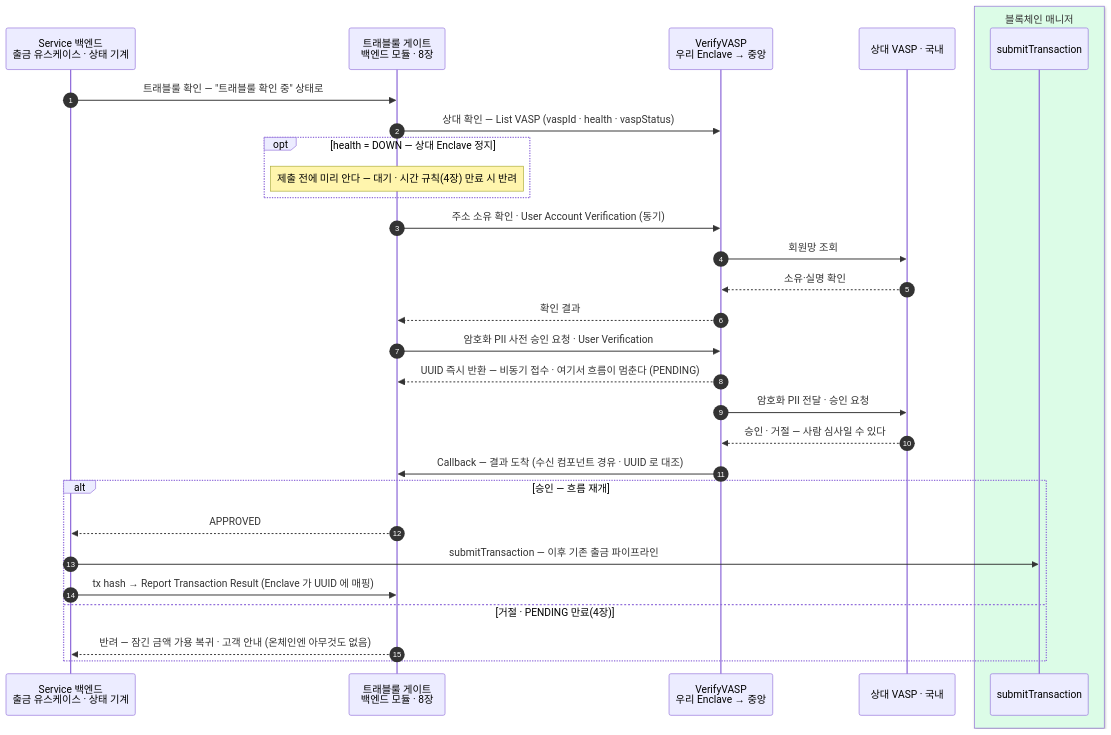
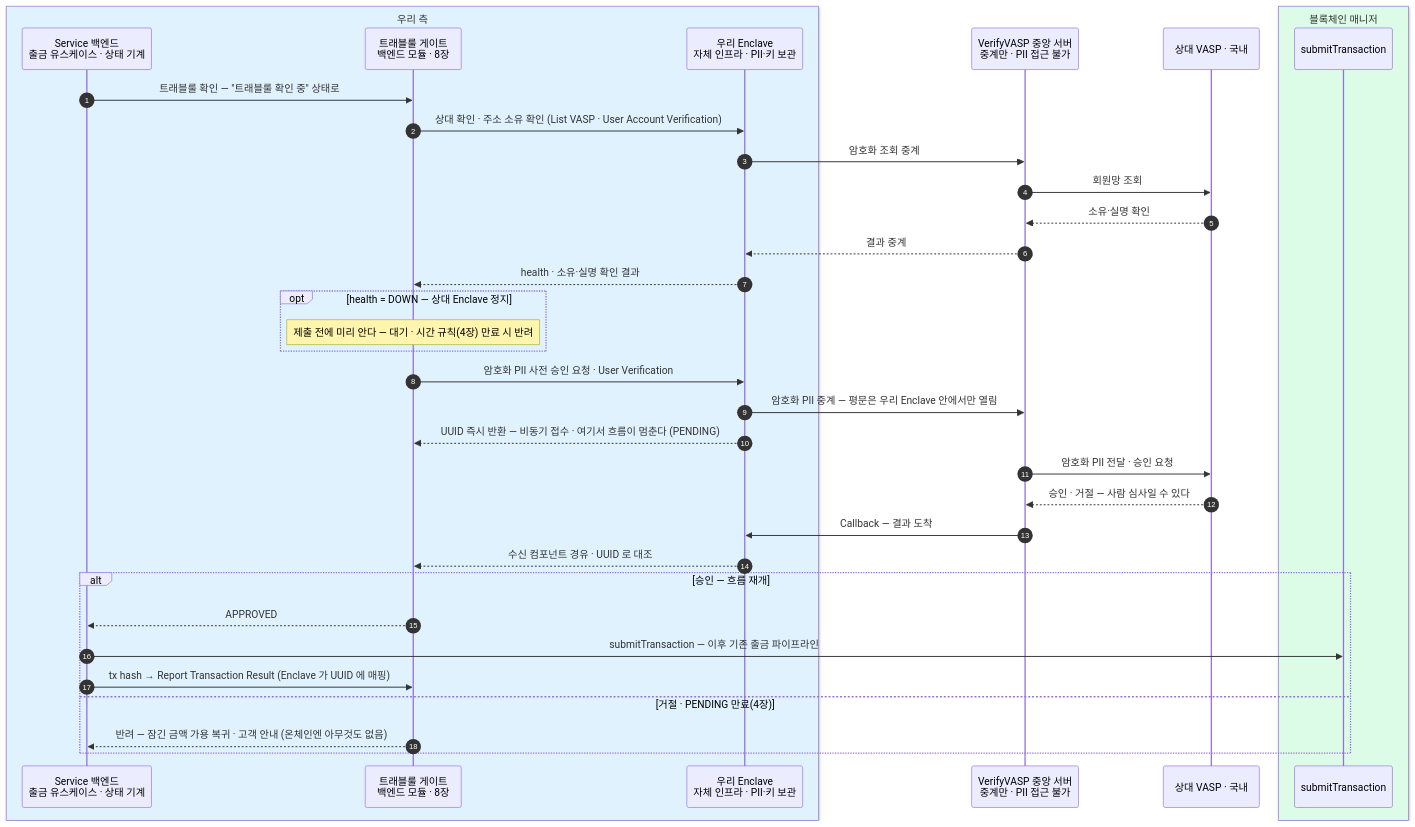
One commit to eunsujeo/eunpus changed the first of 11 diagrams in blockchain-manager/docs/트래블룰/설계/07-scenarios.md. Above: the diagram before and after it, drawn with Mermaid. The commit also changed other lines of this file and 7 other files, not shown here.

````diff
--- a/blockchain-manager/docs/트래블룰/설계/07-scenarios.md
+++ b/blockchain-manager/docs/트래블룰/설계/07-scenarios.md
@@ -13,33 +39,39 @@
 ```mermaid
 sequenceDiagram
     autonumber
+    box rgb(224,242,254) 우리 측
     participant BE as Service 백엔드<br/>출금 유스케이스 · 상태 기계
     participant GT as 트래블룰 게이트<br/>백엔드 모듈 · 8장
-    participant VV as VerifyVASP<br/>우리 Enclave → 중앙
+    participant EN as 우리 Enclave<br/>자체 인프라 · PII·키 보관
+    end
+    participant HUB as VerifyVASP 중앙 서버<br/>중계만 · PII 접근 불가
     participant RV as 상대 VASP · 국내
     box rgb(220,252,231) 블록체인 매니저
     participant BM as submitTransaction
     end
 
     BE->>GT: 트래블룰 확인 — "트래블룰 확인 중" 상태로
-    GT->>VV: 상대 확인 — List VASP (vaspId · health · vaspStatus)
+    GT->>EN: 상대 확인 · 주소 소유 확인 (List VASP · User Account Verification)
+    EN->>HUB: 암호화 조회 중계
+    HUB->>RV: 회원망 조회
+    RV-->>HUB: 소유·실명 확인
+    HUB-->>EN: 결과 중계
+    EN-->>GT: health · 소유·실명 확인 결과
     opt health = DOWN — 상대 Enclave 정지
         Note over GT: 제출 전에 미리 안다 — 대기 · 시간 규칙(4장) 만료 시 반려
     end
-    GT->>VV: 주소 소유 확인 · User Account Verification (동기)
-    VV->>RV: 회원망 조회
-    RV-->>VV: 소유·실명 확인
-    VV-->>GT: 확인 결과
-    GT->>VV: 암호화 PII 사전 승인 요청 · User Verification
-    VV-->>GT: UUID 즉시 반환 — 비동기 접수 · 여기서 흐름이 멈춘다 (PENDING)
-    VV->>RV: 암호화 PII 전달 · 승인 요청
-    RV-->>VV: 승인 · 거절 — 사람 심사일 수 있다
-    VV->>GT: Callback — 결과 도착 (수신 컴포넌트 경유 · UUID 로 대조)
+    GT->>EN: 암호화 PII 사전 승인 요청 · User Verification
+    EN->>HUB: 암호화 PII 중계 — 평문은 우리 Enclave 안에서만 열림
+    EN-->>GT: UUID 즉시 반환 — 비동기 접수 · 여기서 흐름이 멈춘다 (PENDING)
+    HUB->>RV: 암호화 PII 전달 · 승인 요청
+    RV-->>HUB: 승인 · 거절 — 사람 심사일 수 있다
+    HUB->>EN: Callback — 결과 도착
+    EN-->>GT: 수신 컴포넌트 경유 · UUID 로 대조
     alt 승인 — 흐름 재개
         GT-->>BE: APPROVED
         BE->>BM: submitTransaction — 이후 기존 출금 파이프라인
         BE->>GT: tx hash → Report Transaction Result (Enclave 가 UUID 에 매핑)
     else 거절 · PENDING 만료(4장)
         GT-->>BE: 반려 — 잠긴 금액 가용 복귀 · 고객 안내 (온체인엔 아무것도 없음)
     end
 ```
````
